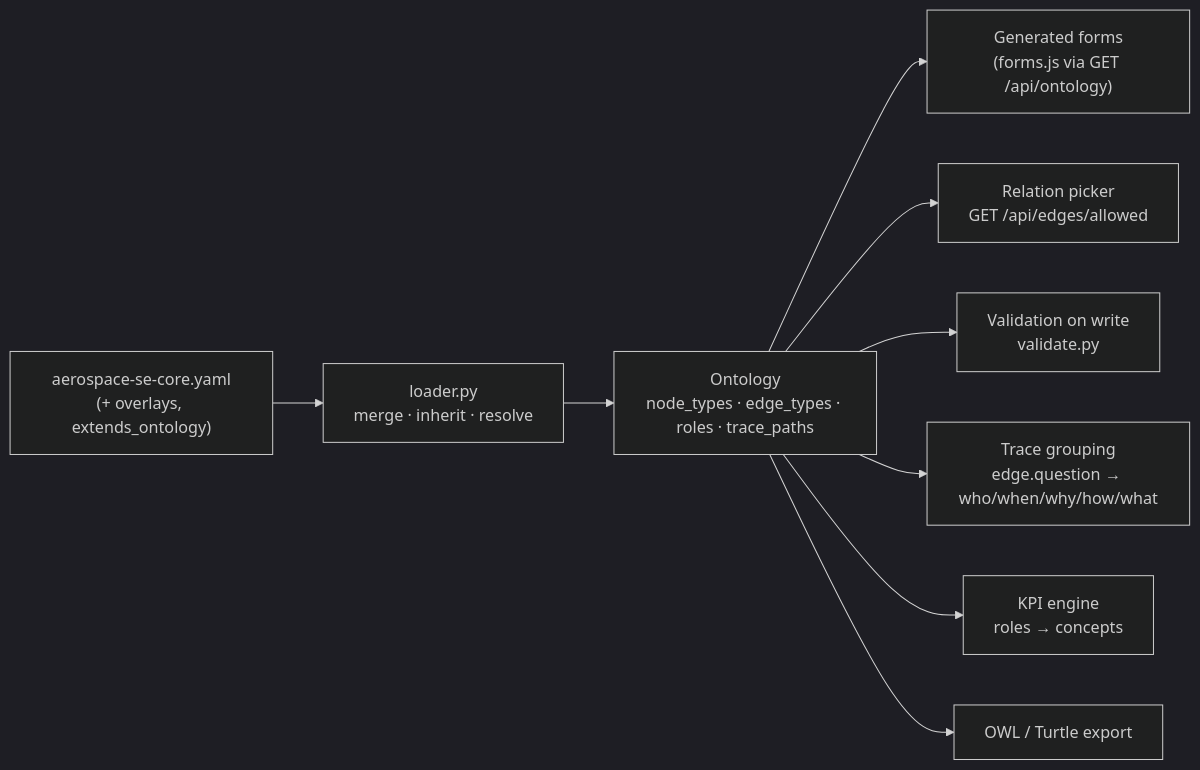
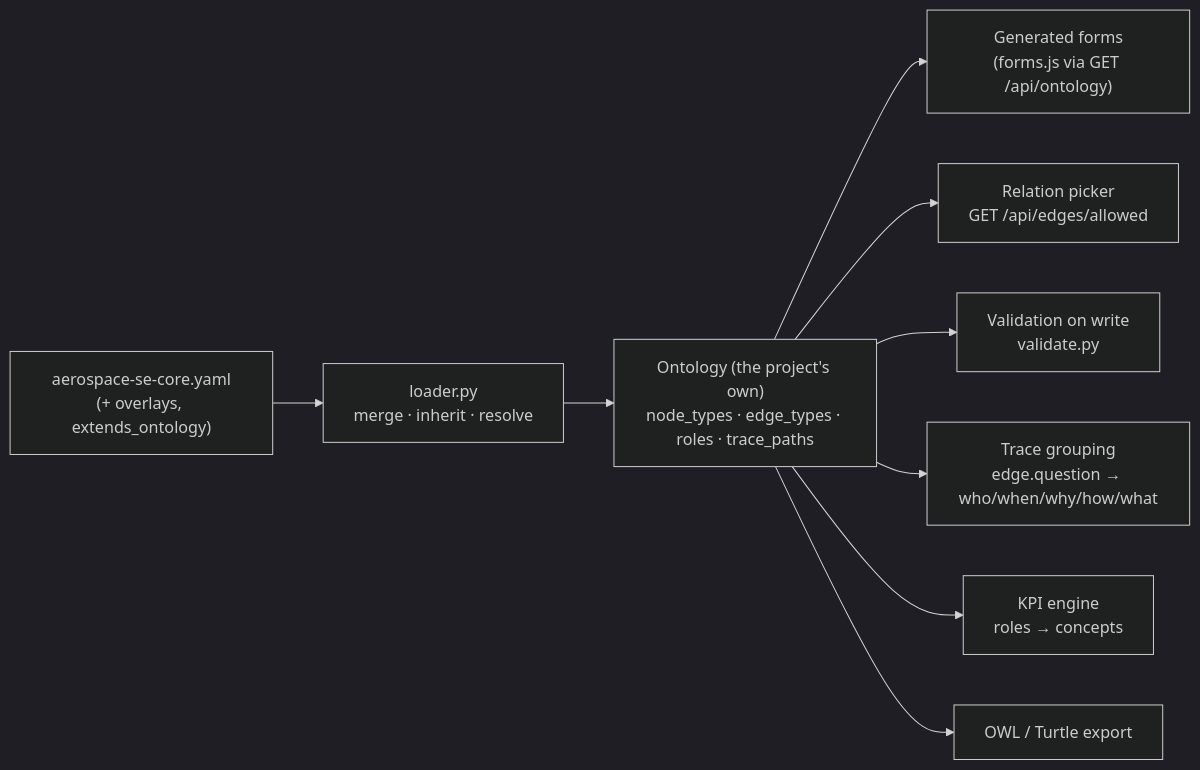
The third of 8 diagrams in docs/ARCHITECTURE.md (sudesh309/SETM), drawn with Mermaid (dark theme) before and after one commit. The commit also changed other lines of this file and 32 other files, not shown here.

````diff
--- a/docs/ARCHITECTURE.md
+++ b/docs/ARCHITECTURE.md
@@ -159,11 +162,11 @@
 ```mermaid
 flowchart LR
     yaml["aerospace-se-core.yaml<br/>(+ overlays, extends_ontology)"] --> loader["loader.py<br/>merge · inherit · resolve"]
-    loader --> onto["Ontology<br/>node_types · edge_types · roles · trace_paths"]
+    loader --> onto["Ontology (the project's own)<br/>node_types · edge_types · roles · trace_paths"]
     onto --> forms["Generated forms<br/>(forms.js via GET /api/ontology)"]
     onto --> picker["Relation picker<br/>GET /api/edges/allowed"]
     onto --> valid["Validation on write<br/>validate.py"]
     onto --> trace["Trace grouping<br/>edge.question → who/when/why/how/what"]
     onto --> kpis["KPI engine<br/>roles → concepts"]
     onto --> rdf["OWL / Turtle export"]
 ```
````
